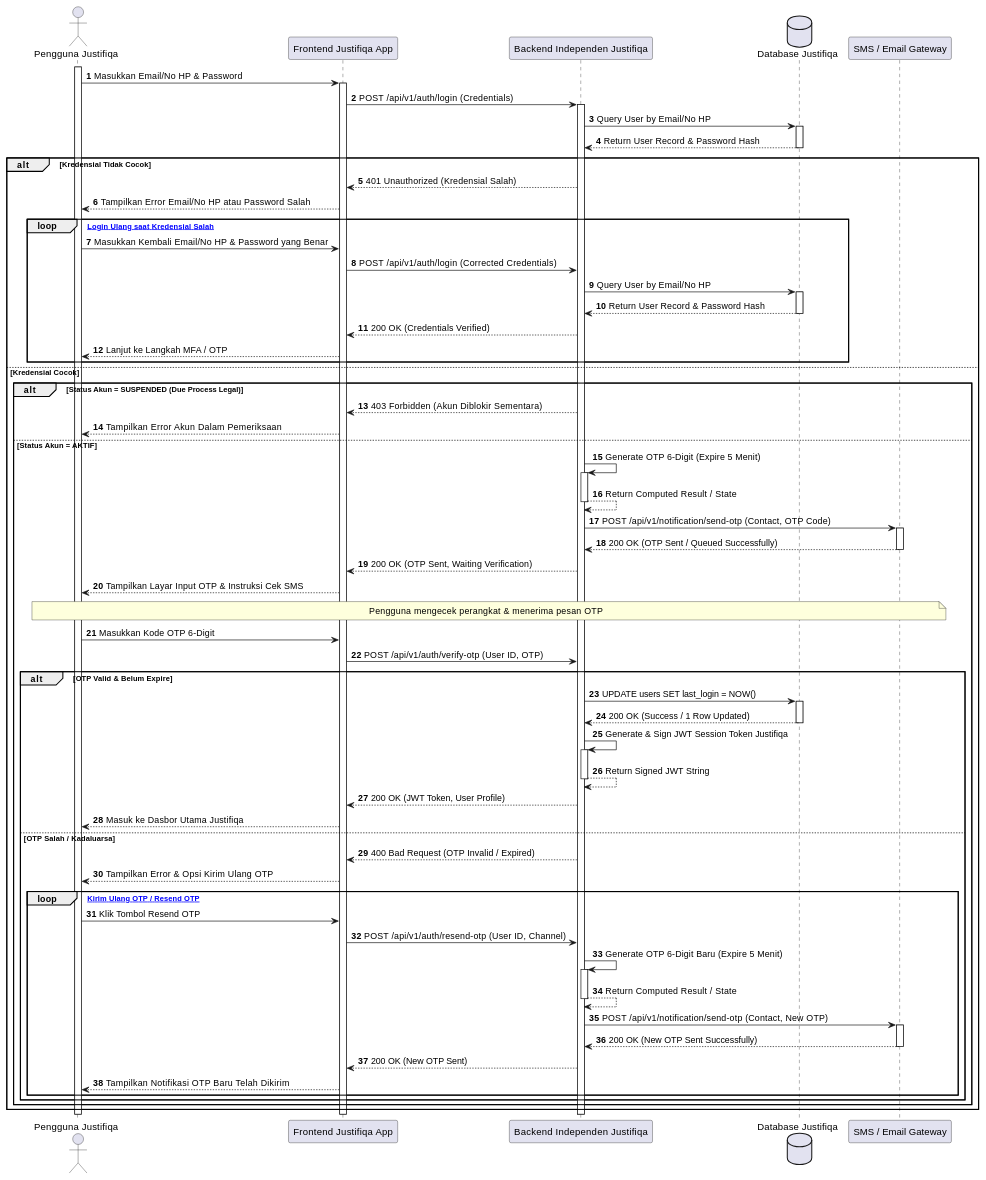
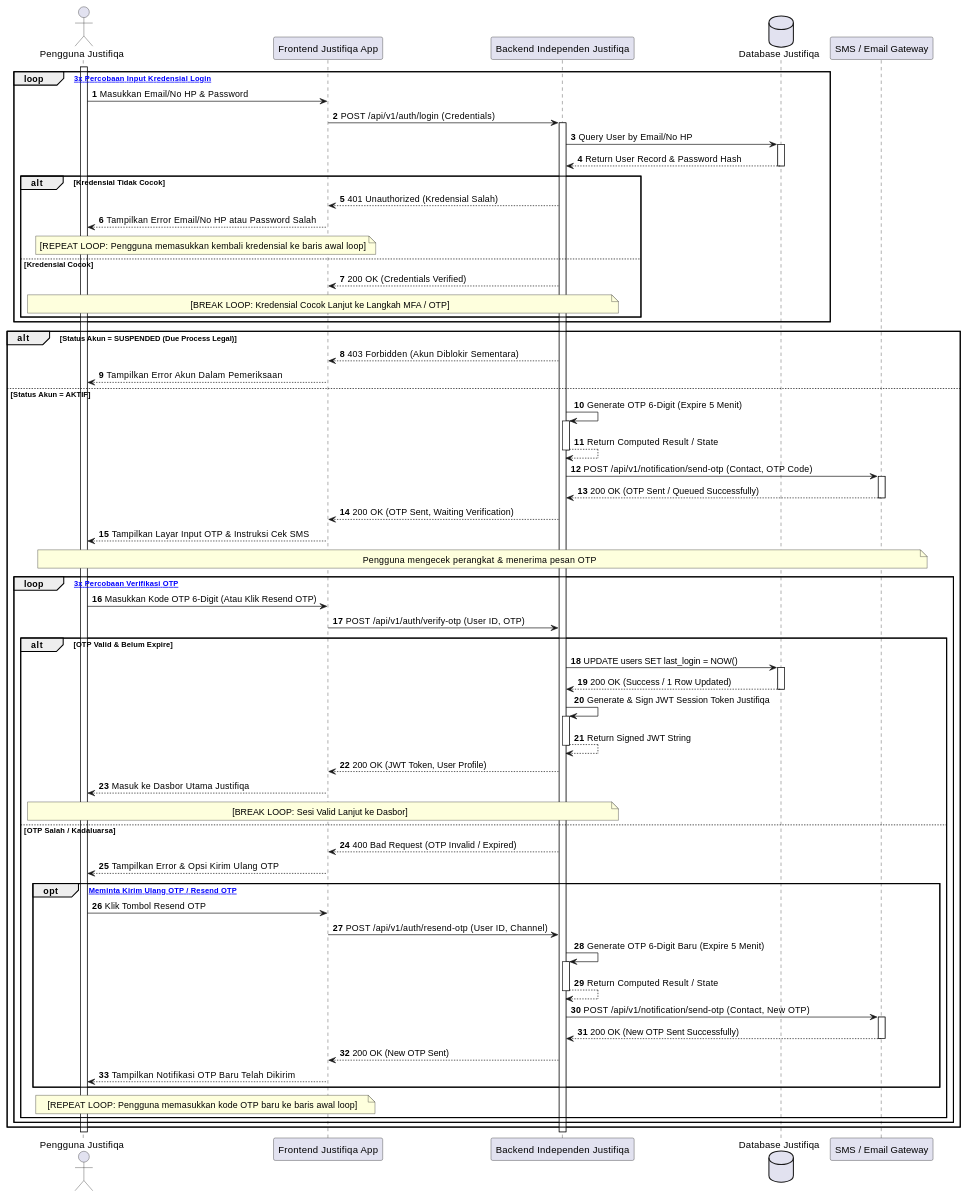
The second of 27 diagrams in MarkDown/plantuml_sequence_diagrams.md (tupperwureism/SuperApp-Gagal), drawn with PlantUML before and after one commit. The commit also changed other lines of this file and 2 other files, not shown here.

Commit message:
refactor(uml): standardize outer loop validation pattern and enforce 1-to-1 decision mapping between AD and SD

````diff
--- a/MarkDown/plantuml_sequence_diagrams.md
+++ b/MarkDown/plantuml_sequence_diagrams.md
@@ -78,73 +87,74 @@
 ```plantuml
 @startuml
 autonumber
 actor "Pengguna Justifiqa" as User
 participant "Frontend Justifiqa App" as FE
 participant "Backend Independen Justifiqa" as BE
 database "Database Justifiqa" as DB
 participant "SMS / Email Gateway" as SMS
 
 activate User
-User -> FE ++ : Masukkan Email/No HP & Password
-FE -> BE ++ : POST /api/v1/auth/login (Credentials)
+loop [Maksimal 3x Percobaan Input Kredensial Login]
+    User -> FE : Masukkan Email/No HP & Password
+    FE -> BE ++ : POST /api/v1/auth/login (Credentials)
 
-BE -> DB ++ : Query User by Email/No HP
-DB --> BE -- : Return User Record & Password Hash
+    BE -> DB ++ : Query User by Email/No HP
+    DB --> BE -- : Return User Record & Password Hash
 
-alt Kredensial Tidak Cocok
-    BE --> FE : 401 Unauthorized (Kredensial Salah)
-    FE --> User : Tampilkan Error Email/No HP atau Password Salah
+    alt Kredensial Tidak Cocok
+        BE --> FE : 401 Unauthorized (Kredensial Salah)
+        FE --> User : Tampilkan Error Email/No HP atau Password Salah
+        note over User, FE : [REPEAT LOOP: Pengguna memasukkan kembali kredensial ke baris awal loop]
+    else Kredensial Cocok
+        BE --> FE : 200 OK (Credentials Verified)
+        note over User, BE : [BREAK LOOP: Kredensial Cocok Lanjut ke Langkah MFA / OTP]
+    end
+end
+
+alt Status Akun = SUSPENDED (Due Process Legal)
+    BE --> FE : 403 Forbidden (Akun Diblokir Sementara)
+    FE --> User : Tampilkan Error Akun Dalam Pemeriksaan
+else Status Akun = AKTIF
+    BE -> BE ++ : Generate OTP 6-Digit (Expire 5 Menit)
+    BE --> BE -- : Return Computed Result / State
+    BE -> SMS ++ : POST /api/v1/notification/send-otp (Contact, OTP Code)
+    SMS --> BE -- : 200 OK (OTP Sent / Queued Successfully)
+    BE --> FE : 200 OK (OTP Sent, Waiting Verification)
+    FE --> User : Tampilkan Layar Input OTP & Instruksi Cek SMS
+    note over User, SMS : Pengguna mengecek perangkat & menerima pesan OTP
     
-    loop [Mencoba Login Ulang saat Kredensial Salah]
-        User -> FE : Masukkan Kembali Email/No HP & Password yang Benar
-        FE -> BE : POST /api/v1/auth/login (Corrected Credentials)
-        BE -> DB ++ : Query User by Email/No HP
-        DB --> BE -- : Return User Record & Password Hash
-        BE --> FE : 200 OK (Credentials Verified)
-        FE --> User : Lanjut ke Langkah MFA / OTP
-    end
-else Kredensial Cocok
-    alt Status Akun = SUSPENDED (Due Process Legal)
-        BE --> FE : 403 Forbidden (Akun Diblokir Sementara)
-        FE --> User : Tampilkan Error Akun Dalam Pemeriksaan
-    else Status Akun = AKTIF
-        BE -> BE ++ : Generate OTP 6-Digit (Expire 5 Menit)
-        BE --> BE -- : Return Computed Result / State
-        BE -> SMS ++ : POST /api/v1/notification/send-otp (Contact, OTP Code)
-        SMS --> BE -- : 200 OK (OTP Sent / Queued Successfully)
-        BE --> FE : 200 OK (OTP Sent, Waiting Verification)
-        FE --> User : Tampilkan Layar Input OTP & Instruksi Cek SMS
-        note over User, SMS : Pengguna mengecek perangkat & menerima pesan OTP
-        
-        User -> FE : Masukkan Kode OTP 6-Digit
+    loop [Maksimal 3x Percobaan Verifikasi OTP]
+        User -> FE : Masukkan Kode OTP 6-Digit (Atau Klik Resend OTP)
         FE -> BE : POST /api/v1/auth/verify-otp (User ID, OTP)
         
         alt OTP Valid & Belum Expire
             BE -> DB ++ : UPDATE users SET last_login = NOW()
             DB --> BE -- : 200 OK (Success / 1 Row Updated)
             BE -> BE ++ : Generate & Sign JWT Session Token Justifiqa
             BE --> BE -- : Return Signed JWT String
             BE --> FE : 200 OK (JWT Token, User Profile)
             FE --> User : Masuk ke Dasbor Utama Justifiqa
+            note over User, BE : [BREAK LOOP: Sesi Valid Lanjut ke Dasbor]
         else OTP Salah / Kadaluarsa
             BE --> FE : 400 Bad Request (OTP Invalid / Expired)
             FE --> User : Tampilkan Error & Opsi Kirim Ulang OTP
             
-            loop [Minta Kirim Ulang OTP / Resend OTP]
+            opt [Pengguna Meminta Kirim Ulang OTP / Resend OTP]
                 User -> FE : Klik Tombol Resend OTP
                 FE -> BE : POST /api/v1/auth/resend-otp (User ID, Channel)
                 BE -> BE ++ : Generate OTP 6-Digit Baru (Expire 5 Menit)
                 BE --> BE -- : Return Computed Result / State
                 BE -> SMS ++ : POST /api/v1/notification/send-otp (Contact, New OTP)
                 SMS --> BE -- : 200 OK (New OTP Sent Successfully)
                 BE --> FE : 200 OK (New OTP Sent)
                 FE --> User : Tampilkan Notifikasi OTP Baru Telah Dikirim
             end
+            note over User, FE : [REPEAT LOOP: Pengguna memasukkan kode OTP baru ke baris awal loop]
         end
     end
 end
 deactivate BE
 deactivate FE
 deactivate User
 @enduml
 ```
````
